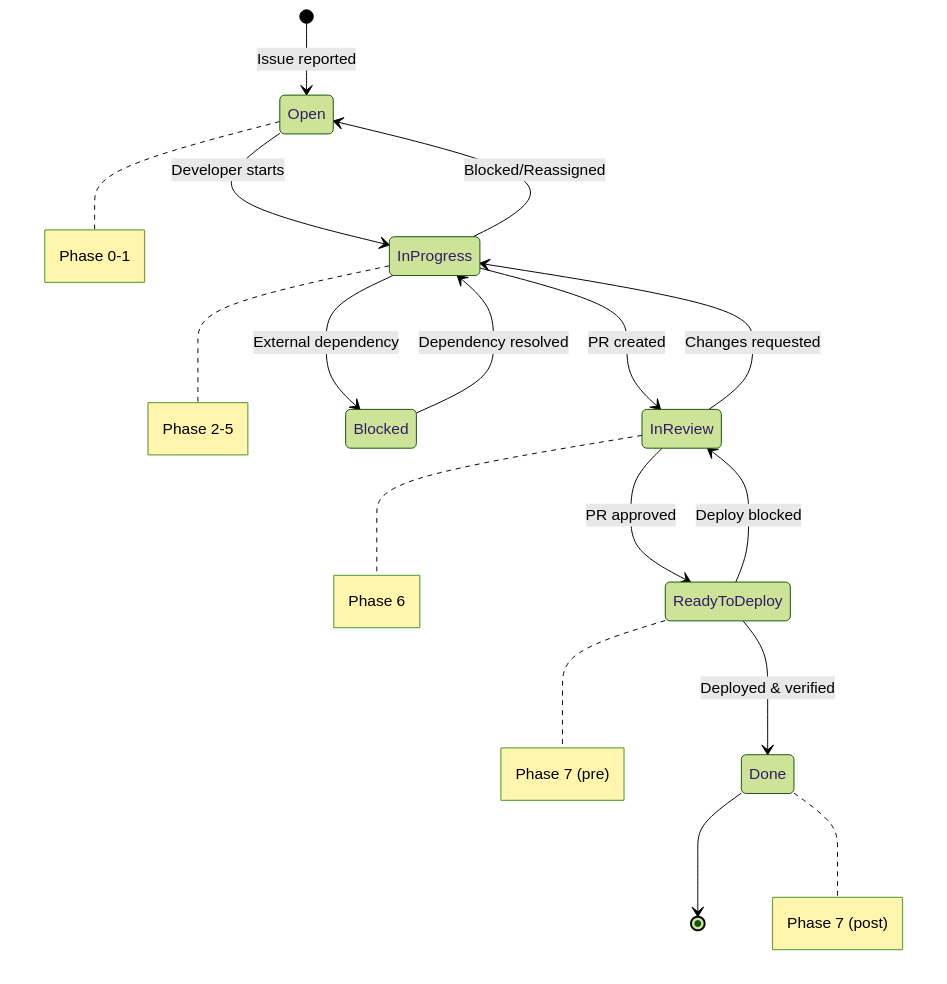
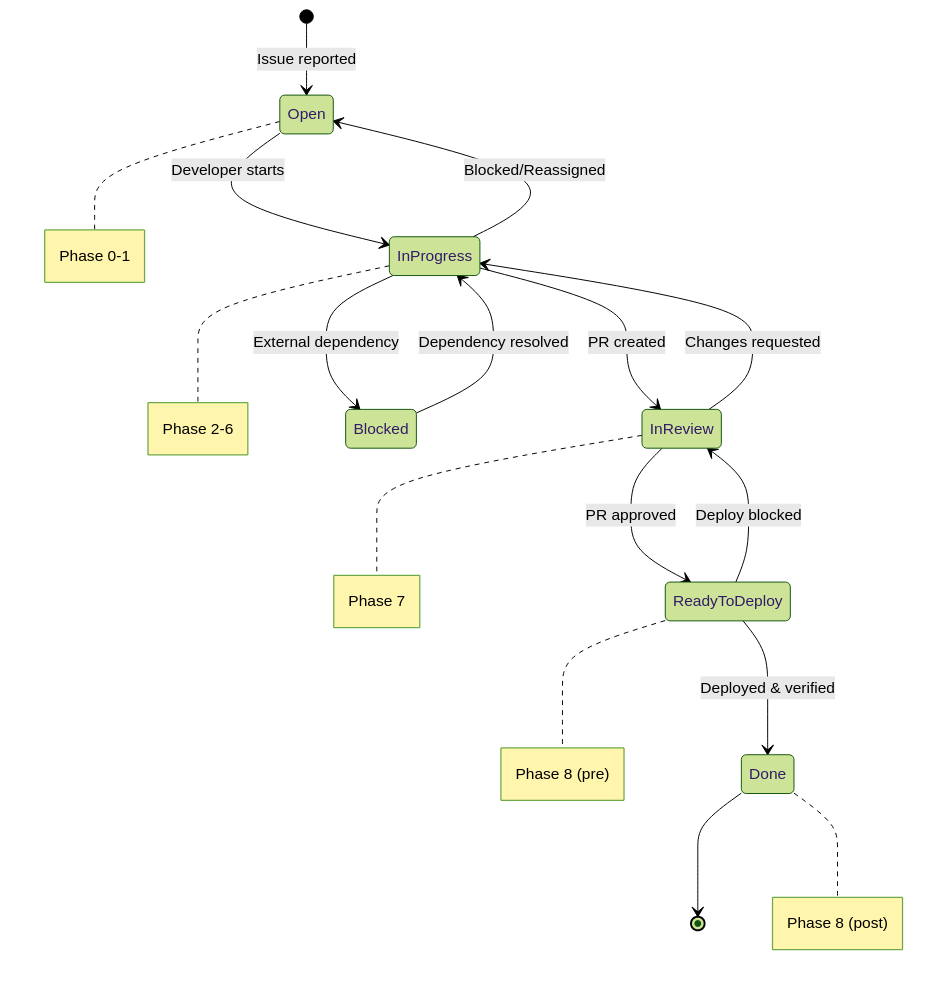
Diagram 11 of 11 in _posts/2025-12-30-unified-ticket-workflow.md (binaryphile/binaryphile.github.io), drawn with Mermaid (forest theme) before and after one commit. The commit also changed other lines of this file, not shown here.

First line of the commit message:
Add batch size control: Phase 2 Sizing and AI appendix

````diff
--- a/_posts/2025-12-30-unified-ticket-workflow.md
+++ b/_posts/2025-12-30-unified-ticket-workflow.md
@@ -1424,25 +1485,25 @@
 ```mermaid
 stateDiagram-v2
     [*] --> Open: Issue reported
 
     Open --> InProgress: Developer starts
     InProgress --> Open: Blocked/Reassigned
 
     InProgress --> InReview: PR created
     InReview --> InProgress: Changes requested
 
     InReview --> ReadyToDeploy: PR approved
     ReadyToDeploy --> InReview: Deploy blocked
 
     ReadyToDeploy --> Done: Deployed & verified
     Done --> [*]
 
     InProgress --> Blocked: External dependency
     Blocked --> InProgress: Dependency resolved
 
     note right of Open: Phase 0-1
-    note right of InProgress: Phase 2-5
-    note right of InReview: Phase 6
-    note right of ReadyToDeploy: Phase 7 (pre)
-    note right of Done: Phase 7 (post)
+    note right of InProgress: Phase 2-6
+    note right of InReview: Phase 7
+    note right of ReadyToDeploy: Phase 8 (pre)
+    note right of Done: Phase 8 (post)
 ```
````
